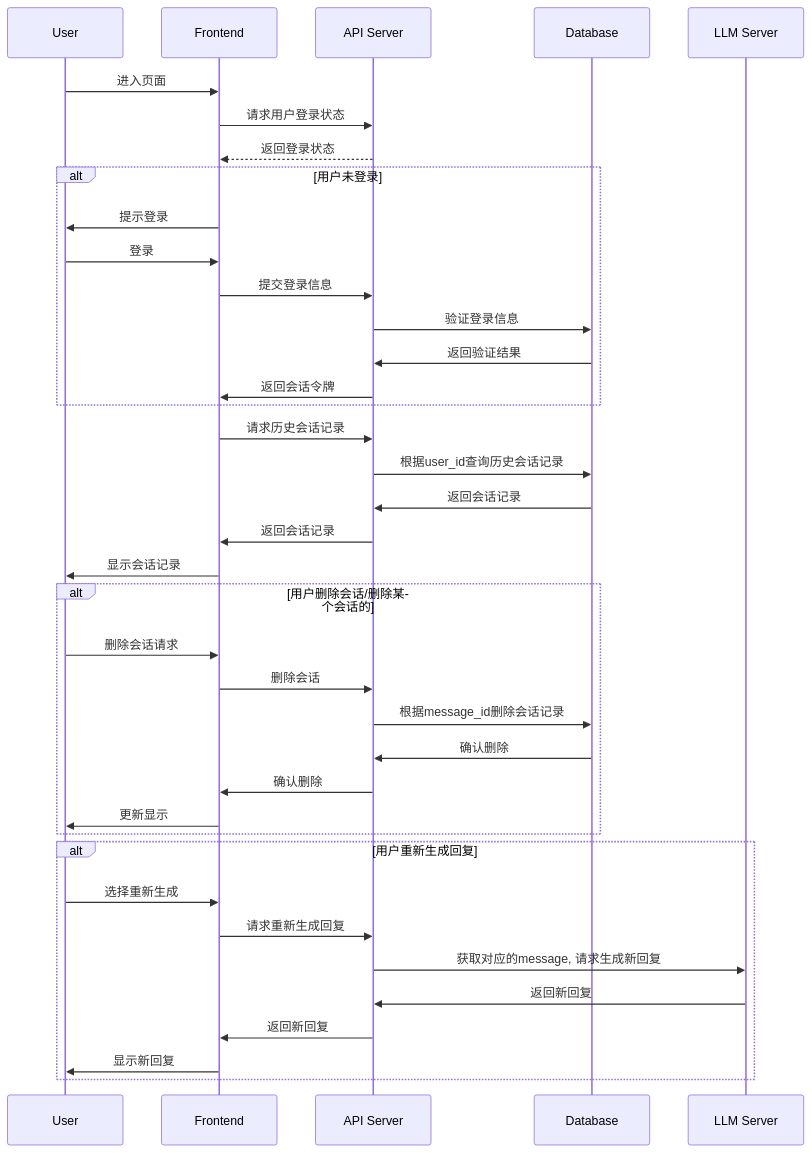
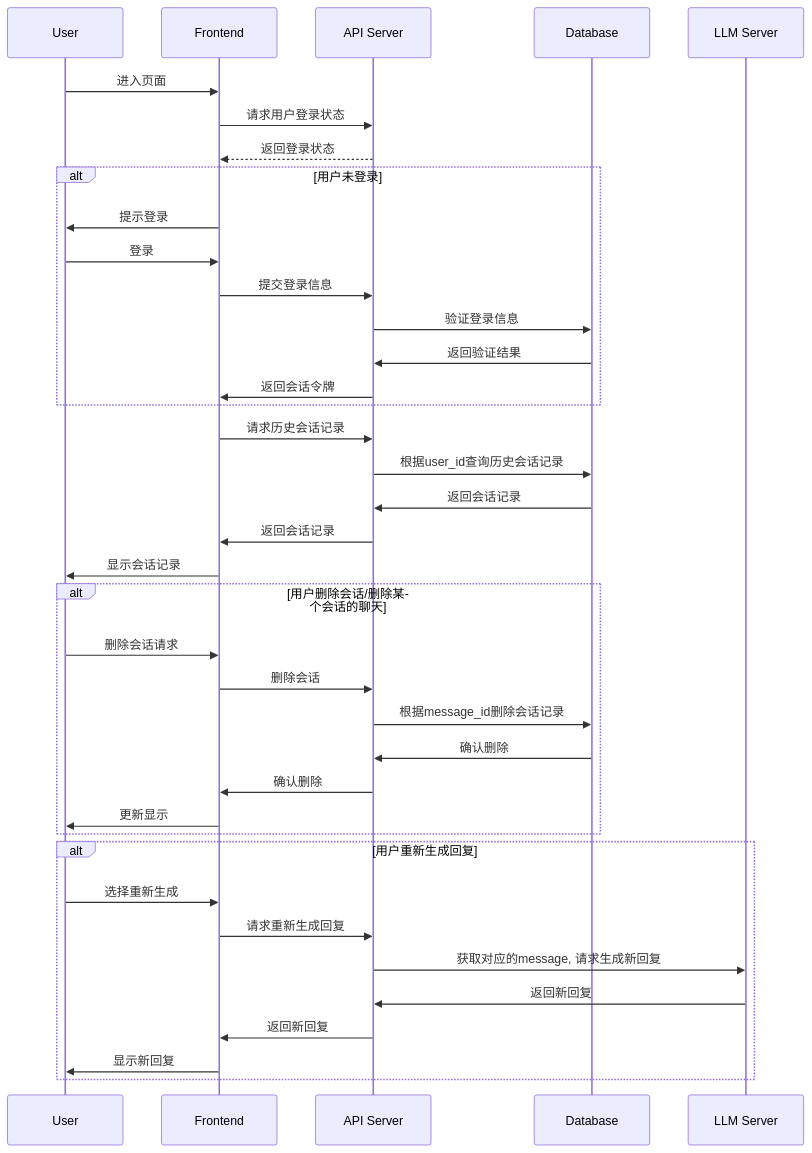
Before and after one commit to yingjianzh/iodraw-files: the diagram in all/未命名-7.md, drawn with Mermaid.

Commit message:
2024-10-09 09:45:45 update

````diff
--- a/all/未命名-7.md
+++ b/all/未命名-7.md
@@ -1,45 +1,45 @@
 ```mermaid
 sequenceDiagram
     participant User
     participant Frontend
     participant API Server
     participant Database
 
 
     User->>Frontend: 进入页面
     Frontend->>API Server: 请求用户登录状态
     API Server-->>Frontend: 返回登录状态
     alt 用户未登录
         Frontend->>User: 提示登录
         User->>Frontend: 登录
         Frontend->>API Server: 提交登录信息
         API Server->>Database: 验证登录信息
         Database->>API Server: 返回验证结果
         API Server->>Frontend: 返回会话令牌
     end
 
     Frontend->>API Server: 请求历史会话记录
     API Server->>Database: 根据user_id查询历史会话记录
     Database->>API Server: 返回会话记录
     API Server->>Frontend: 返回会话记录
     Frontend->>User: 显示会话记录
 
-    alt 用户删除会话/删除某个会话的
+    alt 用户删除会话/删除某个会话的聊天
         User->>Frontend: 删除会话请求
         Frontend->>API Server: 删除会话
         API Server->>Database: 根据message_id删除会话记录
         Database->>API Server: 确认删除
         API Server->>Frontend: 确认删除
         Frontend->>User: 更新显示
     end
 
     alt 用户重新生成回复
         User->>Frontend: 选择重新生成
         Frontend->>API Server: 请求重新生成回复
         API Server->>LLM Server: 获取对应的message, 请求生成新回复
         LLM Server->>API Server: 返回新回复
         API Server->>Frontend: 返回新回复
         Frontend->>User: 显示新回复
     end
 
 ```
````
